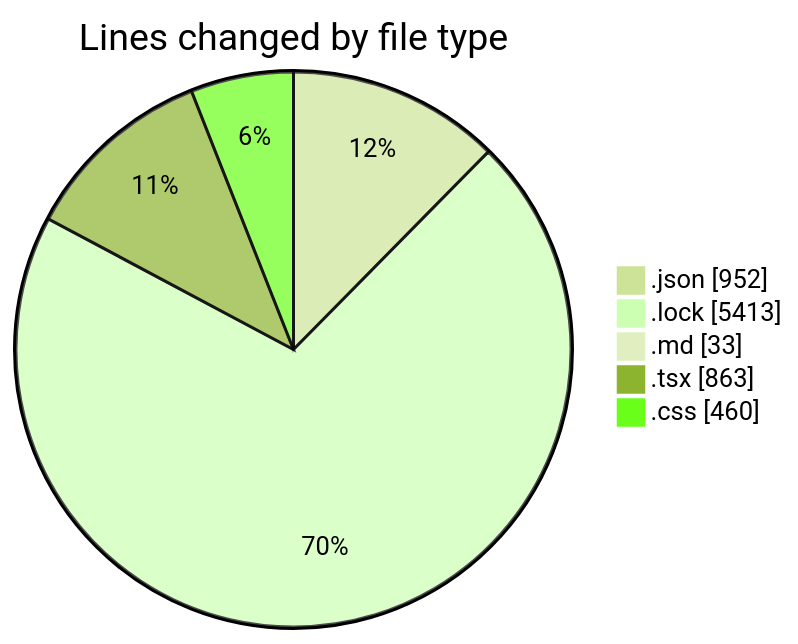
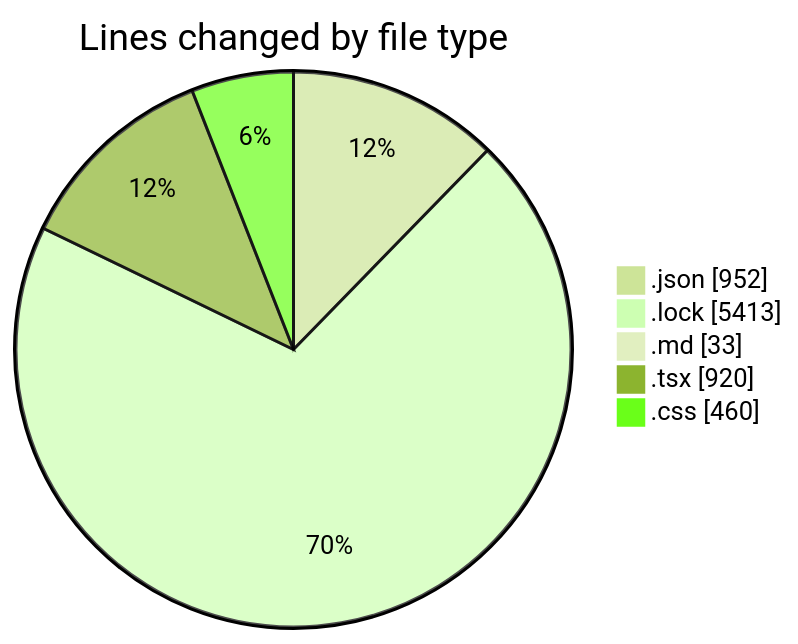
Before and after one commit to EIIisD/code-tracking: the first of 2 diagrams in 2025-08-11/ribbon/README.md, drawn with Mermaid (forest theme). The commit also changed other lines of this file and 1 other file, not shown here.

````diff
--- a/2025-08-11/ribbon/README.md
+++ b/2025-08-11/ribbon/README.md
@@ -37,9 +37,9 @@
 ```mermaid
 pie showData
 title Lines changed by file type
 ".json" : 952
 ".lock" : 5413
 ".md" : 33
-".tsx" : 863
+".tsx" : 920
 ".css" : 460
 ```
````
